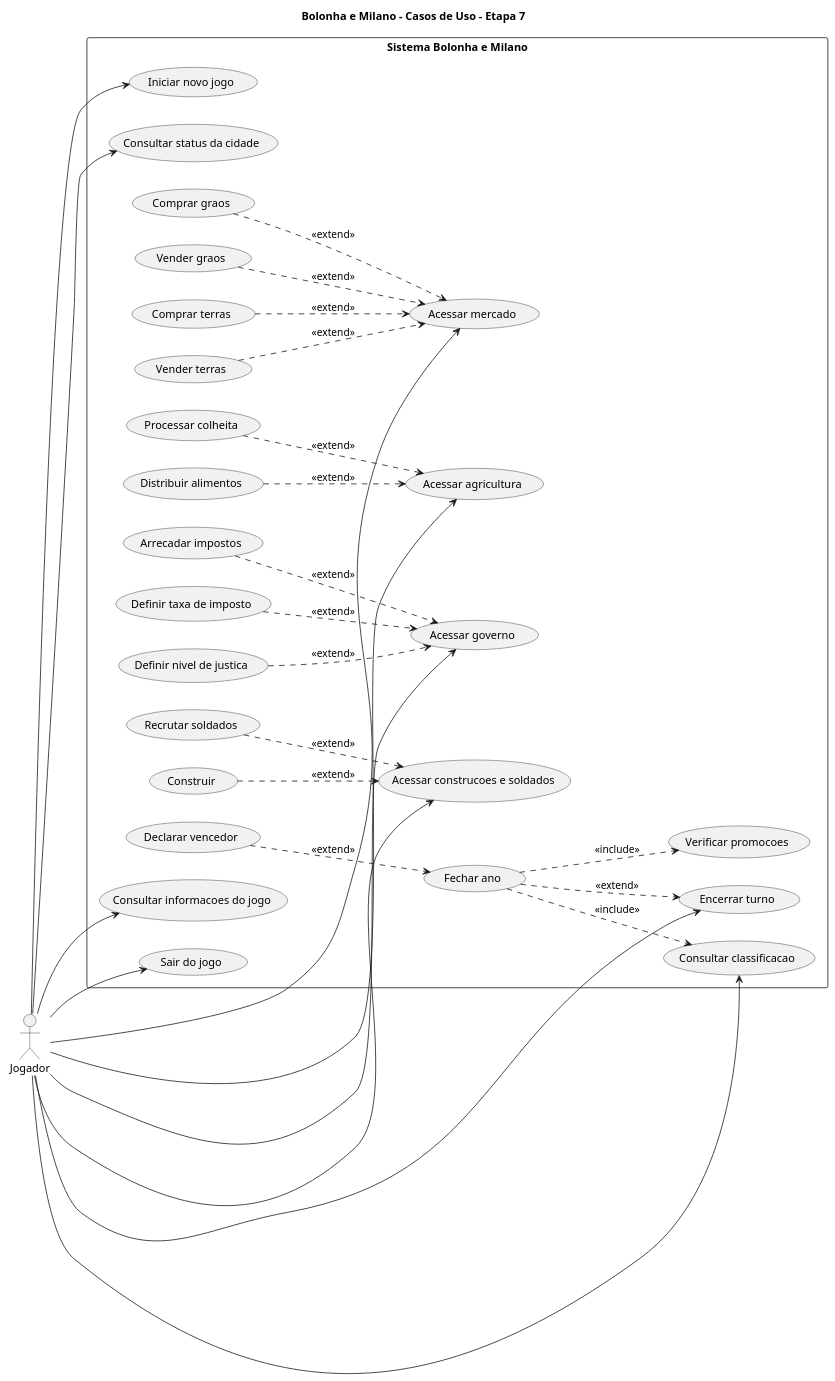
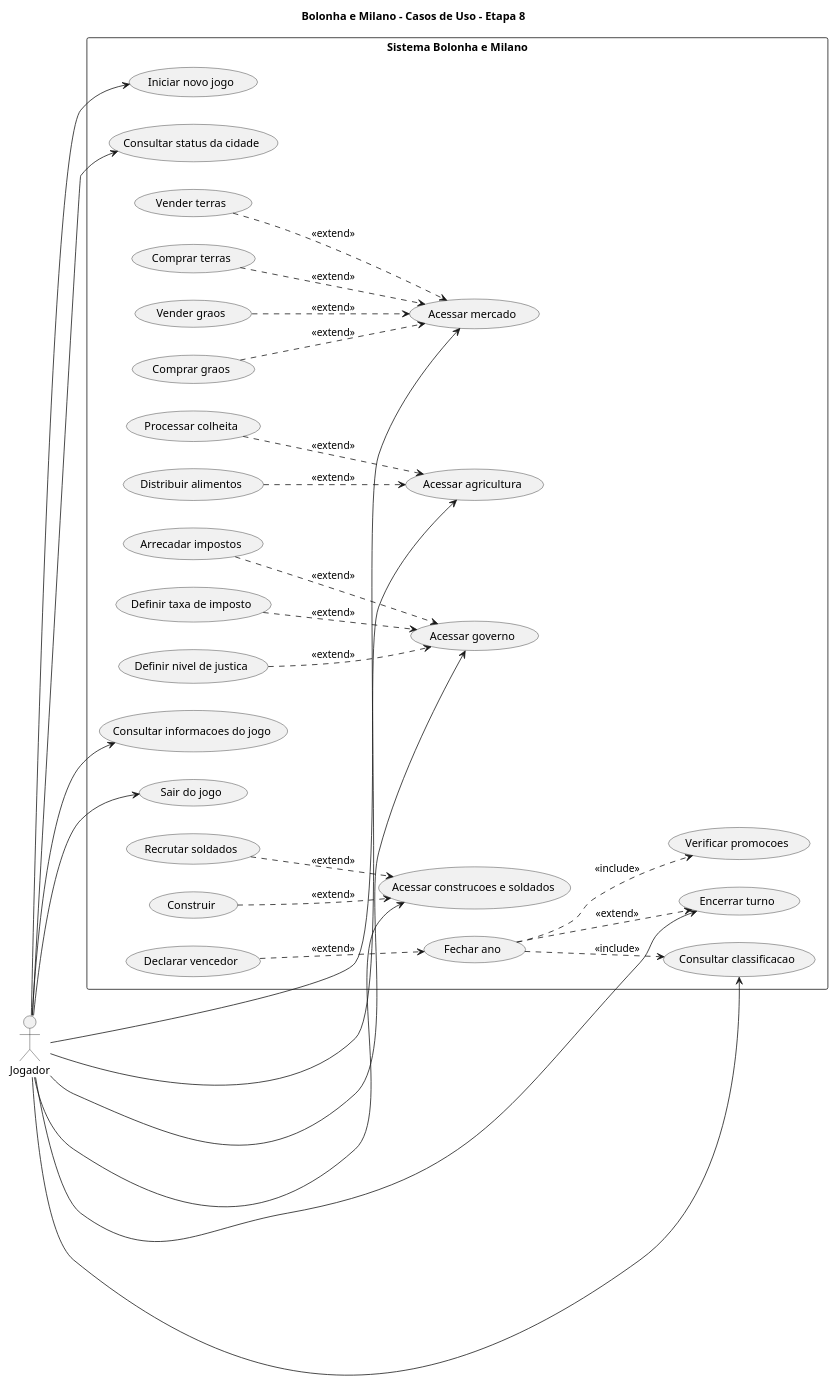
The diagram in casos-de-uso/Diagrama-casos-de-uso.puml (logalfran/projeto-bolonha-e-milano), drawn with PlantUML before and after one commit. The commit also changed 14 other files, not shown here.

```diff
--- a/casos-de-uso/Diagrama-casos-de-uso.puml
+++ b/casos-de-uso/Diagrama-casos-de-uso.puml
@@ -1,86 +1,73 @@
 @startuml
-title Bolonha e Milano - Casos de Uso - Etapa 7
+title Bolonha e Milano - Casos de Uso - Etapa 8
 
 left to right direction
 
 actor "Jogador" as J
 
 rectangle "Sistema Bolonha e Milano" {
 
-    ' Funcionalidades principais
     usecase "Iniciar novo jogo" as UC1
     usecase "Consultar status da cidade" as UC2
 
-    ' Mercado - Etapa 3
     usecase "Acessar mercado" as UC3
     usecase "Comprar graos" as UC4
     usecase "Vender graos" as UC5
     usecase "Comprar terras" as UC6
     usecase "Vender terras" as UC7
 
-    ' Agricultura - Etapa 4
     usecase "Acessar agricultura" as UC8
     usecase "Processar colheita" as UC9
     usecase "Distribuir alimentos" as UC10
 
-    ' Governo - Etapa 5
     usecase "Acessar governo" as UC11
     usecase "Arrecadar impostos" as UC12
     usecase "Definir taxa de imposto" as UC13
     usecase "Definir nivel de justica" as UC14
 
-    ' Construcoes - Etapa 6
+    usecase "Consultar informacoes do jogo" as UC15
+    usecase "Sair do jogo" as UC16
+
     usecase "Acessar construcoes e soldados" as UC17
     usecase "Recrutar soldados" as UC18
     usecase "Construir" as UC19
 
-    ' Rodadas e vitoria - Etapa 7
     usecase "Encerrar turno" as UC20
     usecase "Fechar ano" as UC21
     usecase "Verificar promocoes" as UC22
     usecase "Consultar classificacao" as UC23
     usecase "Declarar vencedor" as UC24
-
-    ' Outras funcionalidades
-    usecase "Consultar informacoes do jogo" as UC15
-    usecase "Sair do jogo" as UC16
 }
 
-' Funcionalidades acessadas pelo jogador
 J --> UC1
 J --> UC2
 J --> UC3
 J --> UC8
 J --> UC11
 J --> UC17
 J --> UC20
 J --> UC23
 J --> UC15
 J --> UC16
 
-' Operacoes do mercado
 UC4 ..> UC3 : <<extend>>
 UC5 ..> UC3 : <<extend>>
 UC6 ..> UC3 : <<extend>>
 UC7 ..> UC3 : <<extend>>
 
-' Operacoes da agricultura
 UC9 ..> UC8 : <<extend>>
 UC10 ..> UC8 : <<extend>>
 
-' Operacoes do governo
 UC12 ..> UC11 : <<extend>>
 UC13 ..> UC11 : <<extend>>
 UC14 ..> UC11 : <<extend>>
 
-' Operacoes de construcoes e soldados
 UC18 ..> UC17 : <<extend>>
 UC19 ..> UC17 : <<extend>>
 
-' Operacoes da Etapa 7
 UC21 ..> UC20 : <<extend>>
 UC21 ..> UC22 : <<include>>
 UC21 ..> UC23 : <<include>>
 UC24 ..> UC21 : <<extend>>
 
 @enduml
```
